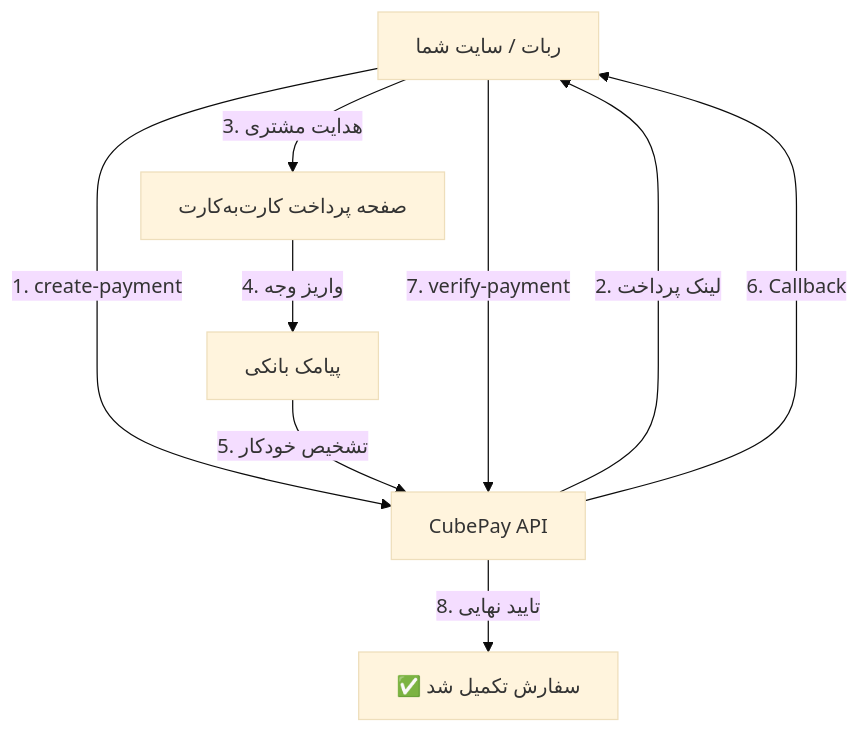
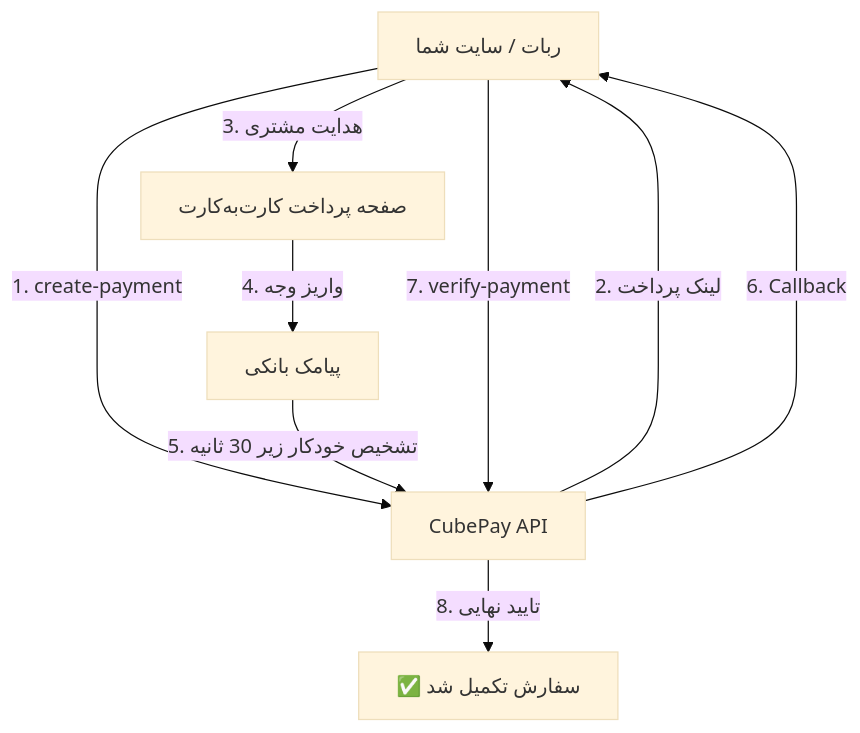
One commit to cubepy/cubepay-doc changed the diagram in README.md. Above: the diagram before and after it, drawn with Mermaid (base theme). The commit also changed other lines of this file, not shown here.

````diff
--- a/README.md
+++ b/README.md
@@ -78,11 +101,11 @@
 ```mermaid
 flowchart TD
     A[ربات / سایت شما] -->|"1. create-payment"| B[CubePay API]
     B -->|"2. لینک پرداخت"| A
     A -->|"3. هدایت مشتری"| C[صفحه پرداخت کارت‌به‌کارت]
     C -->|"4. واریز وجه"| D[پیامک بانکی]
-    D -->|"5. تشخیص خودکار"| B
+    D -->|"5. تشخیص خودکار زیر 30 ثانیه"| B
     B -->|"6. Callback"| A
     A -->|"7. verify-payment"| B
     B -->|"8. تایید نهایی"| E[✅ سفارش تکمیل شد]
 ```
````
